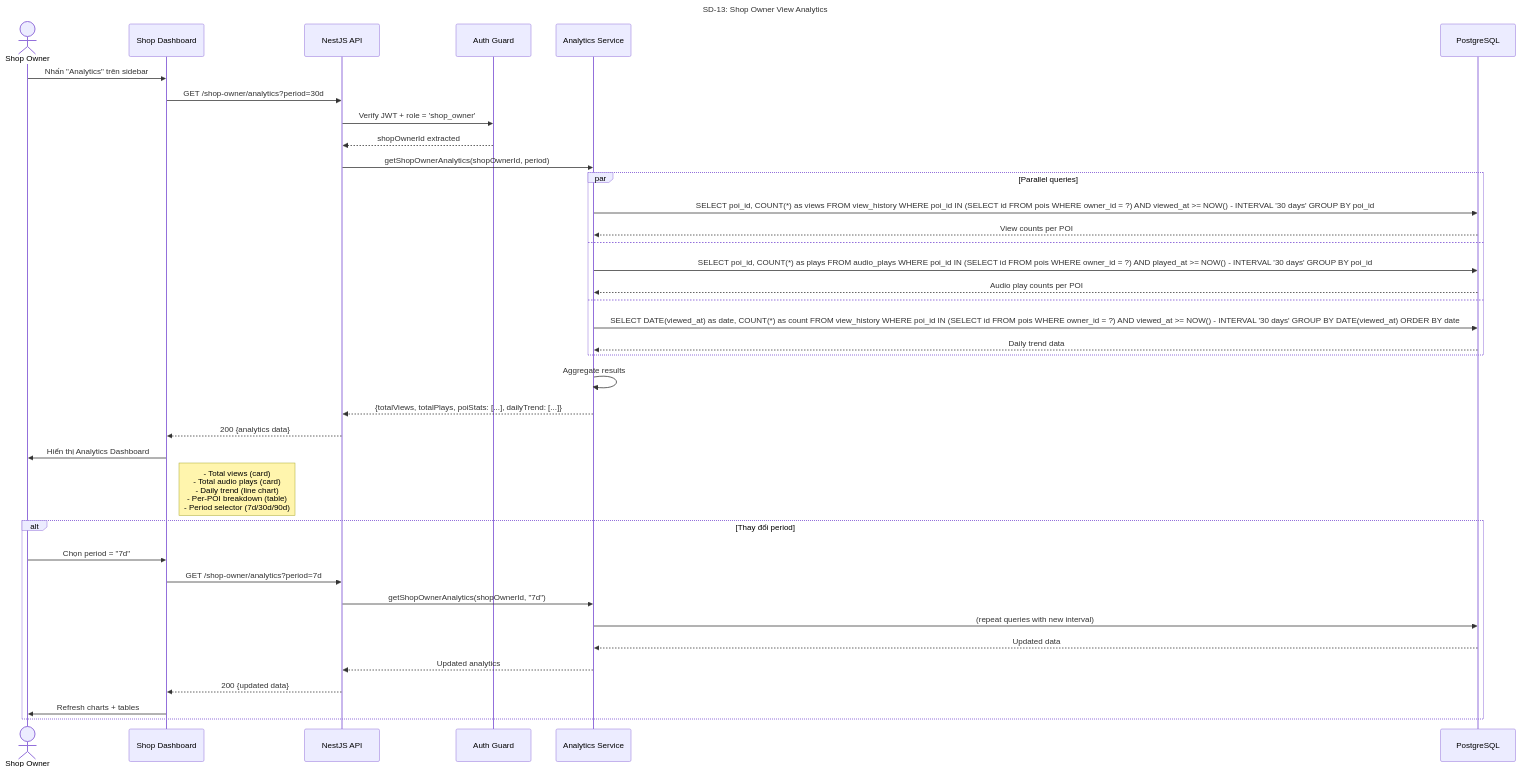
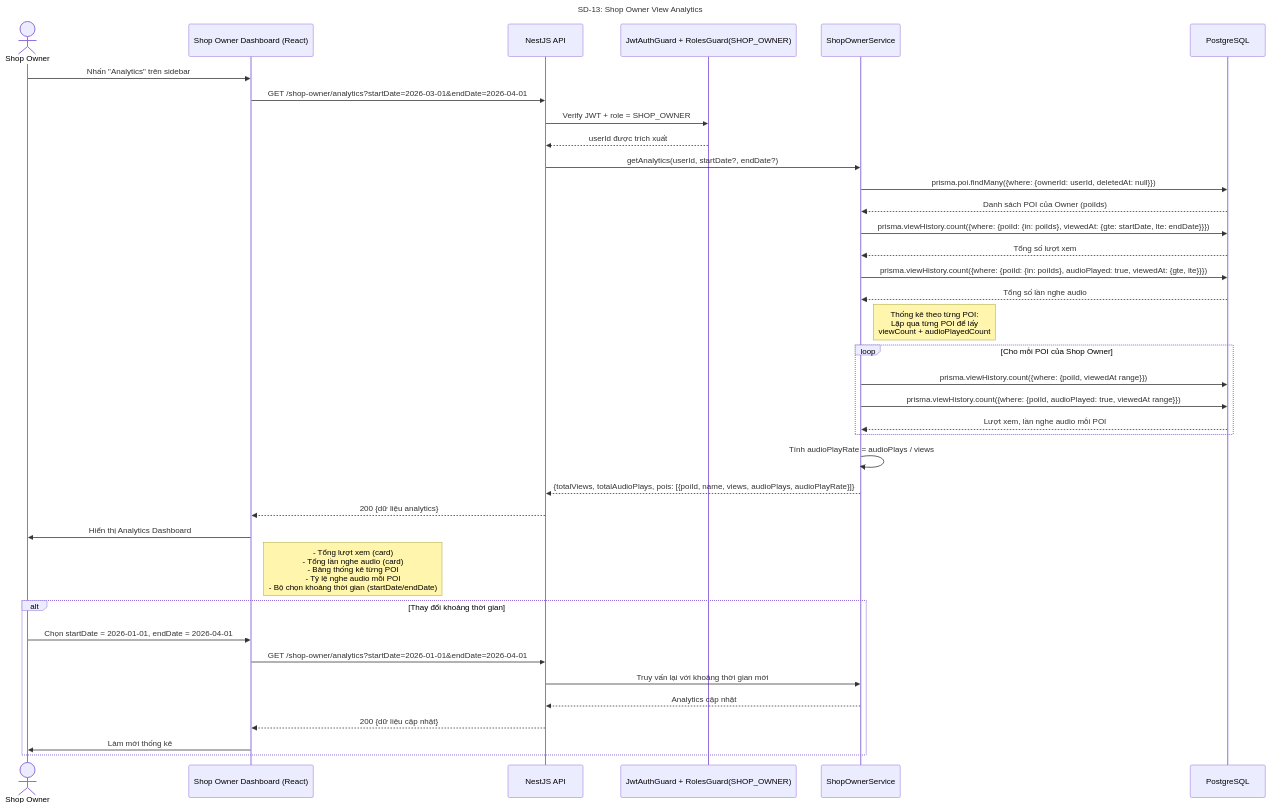
Before and after one commit to Ttuandatt/Seminar: diagram 13 of 28 in docs/step3_prd/15_sequence_diagrams.md, drawn with Mermaid. The commit also changed other lines of this file and 19 other files, not shown here.

First line of the commit message:
feat(auth): implement forgot/reset password with Brevo email service

````diff
--- a/docs/step3_prd/15_sequence_diagrams.md
+++ b/docs/step3_prd/15_sequence_diagrams.md
@@ -673,47 +734,49 @@
 ```mermaid
 sequenceDiagram
     title SD-13: Shop Owner View Analytics
     actor SO as Shop Owner
-    participant UI as Shop Dashboard
+    participant UI as Shop Owner Dashboard (React)
     participant API as NestJS API
-    participant Guard as Auth Guard
-    participant Analytics as Analytics Service
+    participant Guard as JwtAuthGuard + RolesGuard(SHOP_OWNER)
+    participant Service as ShopOwnerService
     participant DB as PostgreSQL
 
     SO->>UI: Nhấn "Analytics" trên sidebar
-    UI->>API: GET /shop-owner/analytics?period=30d
-    
-    API->>Guard: Verify JWT + role = 'shop_owner'
-    Guard-->>API: shopOwnerId extracted
-    
-    API->>Analytics: getShopOwnerAnalytics(shopOwnerId, period)
-    
-    par Parallel queries
-        Analytics->>DB: SELECT poi_id, COUNT(*) as views FROM view_history WHERE poi_id IN (SELECT id FROM pois WHERE owner_id = ?) AND viewed_at >= NOW() - INTERVAL '30 days' GROUP BY poi_id
-        DB-->>Analytics: View counts per POI
-    and
-        Analytics->>DB: SELECT poi_id, COUNT(*) as plays FROM audio_plays WHERE poi_id IN (SELECT id FROM pois WHERE owner_id = ?) AND played_at >= NOW() - INTERVAL '30 days' GROUP BY poi_id
-        DB-->>Analytics: Audio play counts per POI
-    and
-        Analytics->>DB: SELECT DATE(viewed_at) as date, COUNT(*) as count FROM view_history WHERE poi_id IN (SELECT id FROM pois WHERE owner_id = ?) AND viewed_at >= NOW() - INTERVAL '30 days' GROUP BY DATE(viewed_at) ORDER BY date
-        DB-->>Analytics: Daily trend data
+    UI->>API: GET /shop-owner/analytics?startDate=2026-03-01&endDate=2026-04-01
+    API->>Guard: Verify JWT + role = SHOP_OWNER
+    Guard-->>API: userId được trích xuất
+
+    API->>Service: getAnalytics(userId, startDate?, endDate?)
+    Service->>DB: prisma.poi.findMany({where: {ownerId: userId, deletedAt: null}})
+    DB-->>Service: Danh sách POI của Owner (poiIds)
+
+    Service->>DB: prisma.viewHistory.count({where: {poiId: {in: poiIds}, viewedAt: {gte: startDate, lte: endDate}}})
+    DB-->>Service: Tổng số lượt xem
+
+    Service->>DB: prisma.viewHistory.count({where: {poiId: {in: poiIds}, audioPlayed: true, viewedAt: {gte, lte}}})
+    DB-->>Service: Tổng số lần nghe audio
+
+    Note right of Service: Thống kê theo từng POI:<br/>Lặp qua từng POI để lấy<br/>viewCount + audioPlayedCount
+
+    loop Cho mỗi POI của Shop Owner
+        Service->>DB: prisma.viewHistory.count({where: {poiId, viewedAt range}})
+        Service->>DB: prisma.viewHistory.count({where: {poiId, audioPlayed: true, viewedAt range}})
+        DB-->>Service: Lượt xem, lần nghe audio mỗi POI
     end
 
-    Analytics->>Analytics: Aggregate results
-    Analytics-->>API: {totalViews, totalPlays, poiStats: [...], dailyTrend: [...]}
-    API-->>UI: 200 {analytics data}
+    Service->>Service: Tính audioPlayRate = audioPlays / views
+    Service-->>API: {totalViews, totalAudioPlays, pois: [{poiId, name, views, audioPlays, audioPlayRate}]}
+    API-->>UI: 200 {dữ liệu analytics}
 
     UI->>SO: Hiển thị Analytics Dashboard
-    Note right of UI: - Total views (card)<br/>- Total audio plays (card)<br/>- Daily trend (line chart)<br/>- Per-POI breakdown (table)<br/>- Period selector (7d/30d/90d)
+    Note right of UI: - Tổng lượt xem (card)<br/>- Tổng lần nghe audio (card)<br/>- Bảng thống kê từng POI<br/>- Tỷ lệ nghe audio mỗi POI<br/>- Bộ chọn khoảng thời gian (startDate/endDate)
 
-    alt Thay đổi period
-        SO->>UI: Chọn period = "7d"
-        UI->>API: GET /shop-owner/analytics?period=7d
-        API->>Analytics: getShopOwnerAnalytics(shopOwnerId, "7d")
-        Analytics->>DB: (repeat queries with new interval)
-        DB-->>Analytics: Updated data
-        Analytics-->>API: Updated analytics
-        API-->>UI: 200 {updated data}
-        UI->>SO: Refresh charts + tables
+    alt Thay đổi khoảng thời gian
+        SO->>UI: Chọn startDate = 2026-01-01, endDate = 2026-04-01
+        UI->>API: GET /shop-owner/analytics?startDate=2026-01-01&endDate=2026-04-01
+        API->>Service: Truy vấn lại với khoảng thời gian mới
+        Service-->>API: Analytics cập nhật
+        API-->>UI: 200 {dữ liệu cập nhật}
+        UI->>SO: Làm mới thống kê
     end
 ```
````
